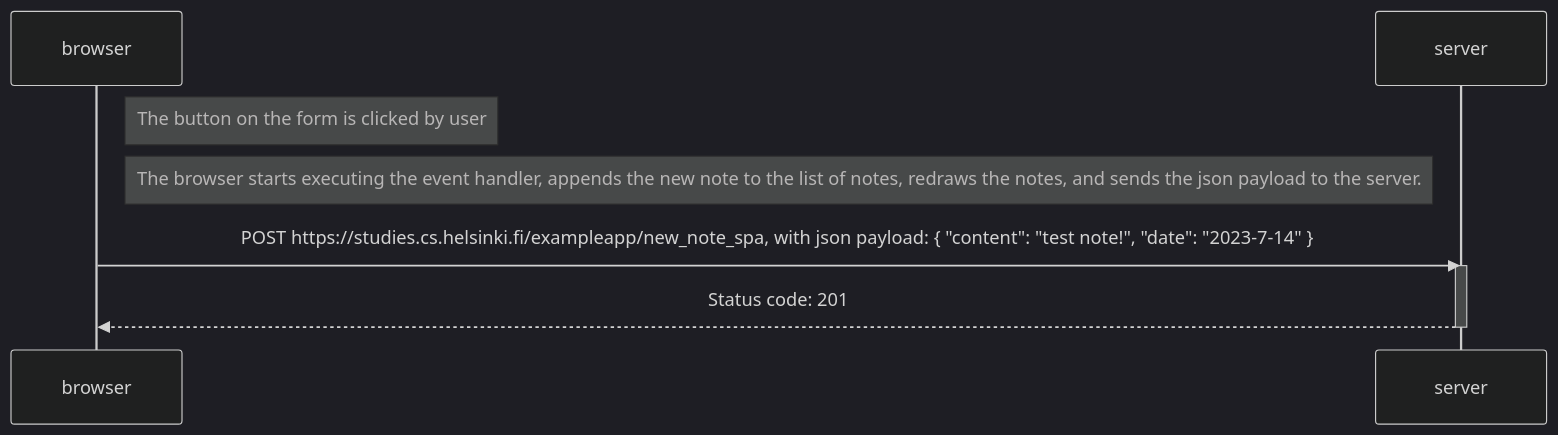
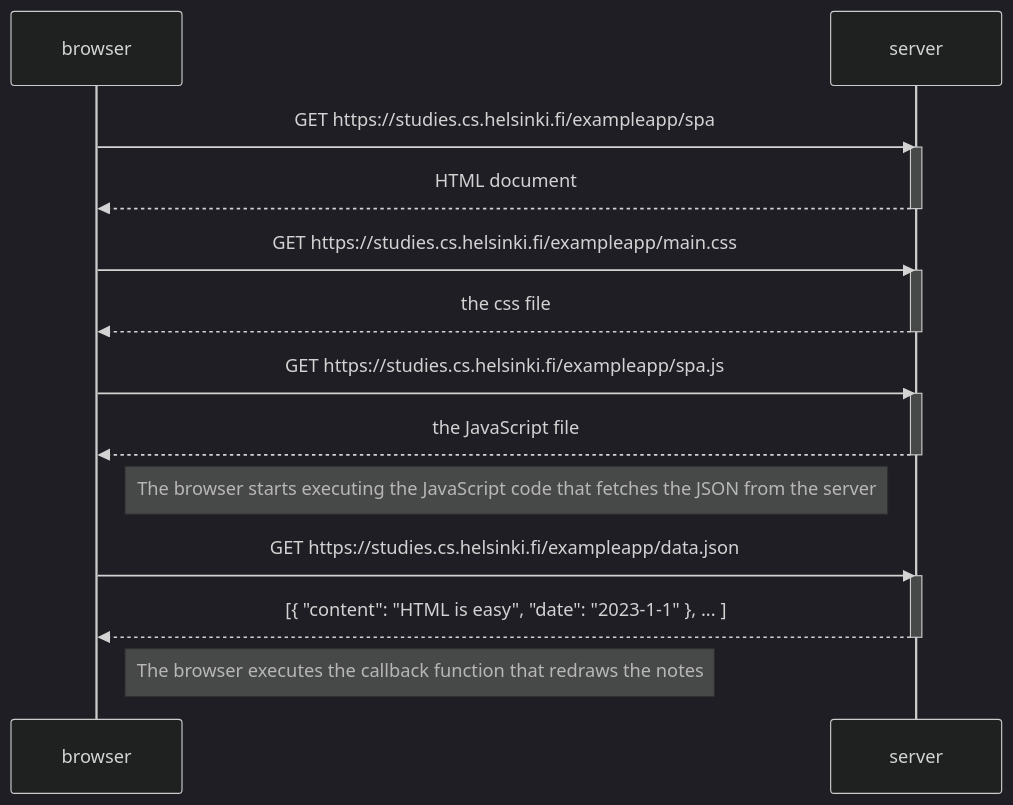
Before and after one commit to esbrown/full_stack_open_modern_web_development: the diagram in part0/0.5.md, drawn with Mermaid (dark theme). The commit also changed 1 other file, not shown here.

Commit message:
move 0.5 to 0.6 and add correct 0.5

````diff
--- a/part0/0.5.md
+++ b/part0/0.5.md
@@ -2,14 +2,29 @@
 ```mermaid
 sequenceDiagram
     participant browser
     participant server
 
-    Note right of browser: The button on the form is clicked by user
+    browser->>server: GET https://studies.cs.helsinki.fi/exampleapp/spa
+    activate server
+    server-->>browser: HTML document
+    deactivate server
 
-    Note right of browser: The browser starts executing the event handler, appends the new note to the list of notes, redraws the notes, and sends the json payload to the server.
+    browser->>server: GET https://studies.cs.helsinki.fi/exampleapp/main.css
+    activate server
+    server-->>browser: the css file
+    deactivate server
 
-    browser->>server: POST https://studies.cs.helsinki.fi/exampleapp/new_note_spa, with json payload: { "content": "test note!", "date": "2023-7-14" }
+    browser->>server: GET https://studies.cs.helsinki.fi/exampleapp/spa.js
     activate server
-    server-->>browser: Status code: 201
+    server-->>browser: the JavaScript file
     deactivate server
+
+    Note right of browser: The browser starts executing the JavaScript code that fetches the JSON from the server
+
+    browser->>server: GET https://studies.cs.helsinki.fi/exampleapp/data.json
+    activate server
+    server-->>browser: [{ "content": "HTML is easy", "date": "2023-1-1" }, ... ]
+    deactivate server
+
+    Note right of browser: The browser executes the callback function that redraws the notes
 ```
````
